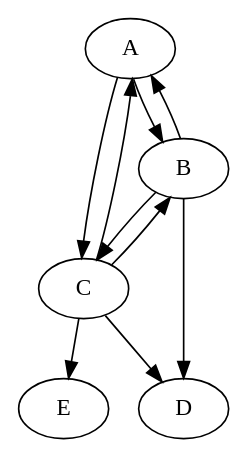
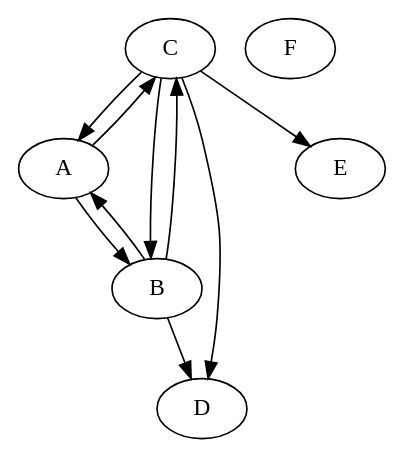
Before and after one commit to smartify-software/graph-algorithms: the diagram in graph.dot, drawn with Graphviz. The commit also changed 9 other files, not shown here.

```diff
--- a/graph.dot
+++ b/graph.dot
@@ -1,11 +1,12 @@
 digraph G {
+	C -> A
+	C -> B
+	C -> D
+	C -> E
+	F
 	A -> B
 	A -> C
 	B -> A
 	B -> C
 	B -> D
-	C -> A
-	C -> B
-	C -> D
-	C -> E
 }
```
